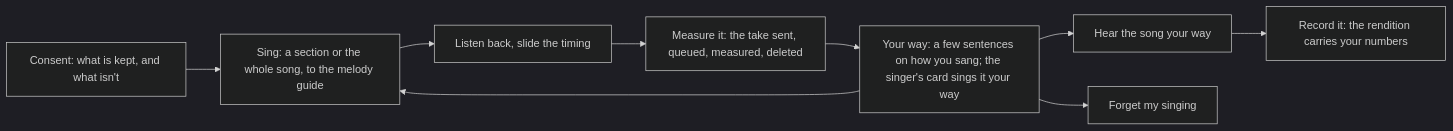
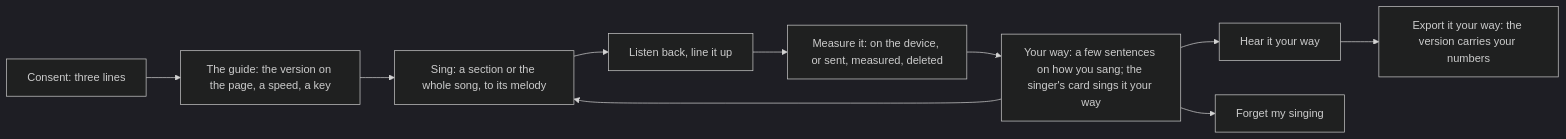
The first of 2 diagrams in docs/WEB-SINGING.md (quadule/now-its-by-you), drawn with Mermaid (dark theme) before and after one commit. The commit also changed other lines of this file and 1 other file, not shown here.

````diff
--- a/docs/WEB-SINGING.md
+++ b/docs/WEB-SINGING.md
@@ -30,10 +81,11 @@
 ```mermaid
 flowchart LR
-  C[Consent: what is kept, and what isn't] --> S[Sing: a section or the whole song, to the melody guide]
-  S --> L[Listen back, slide the timing]
-  L --> M[Measure it: the take sent, queued, measured, deleted]
+  C[Consent: three lines] --> G[The guide: the version on the page, a speed, a key]
+  G --> S[Sing: a section or the whole song, to its melody]
+  S --> L[Listen back, line it up]
+  L --> M[Measure it: on the device, or sent, measured, deleted]
   M --> Y[Your way: a few sentences on how you sang; the singer's card sings it your way]
-  Y --> H[Hear the song your way] --> R[Record it: the rendition carries your numbers]
+  Y --> H[Hear it your way] --> R[Export it your way: the version carries your numbers]
   Y --> S
   Y --> F[Forget my singing]
 ```
````
